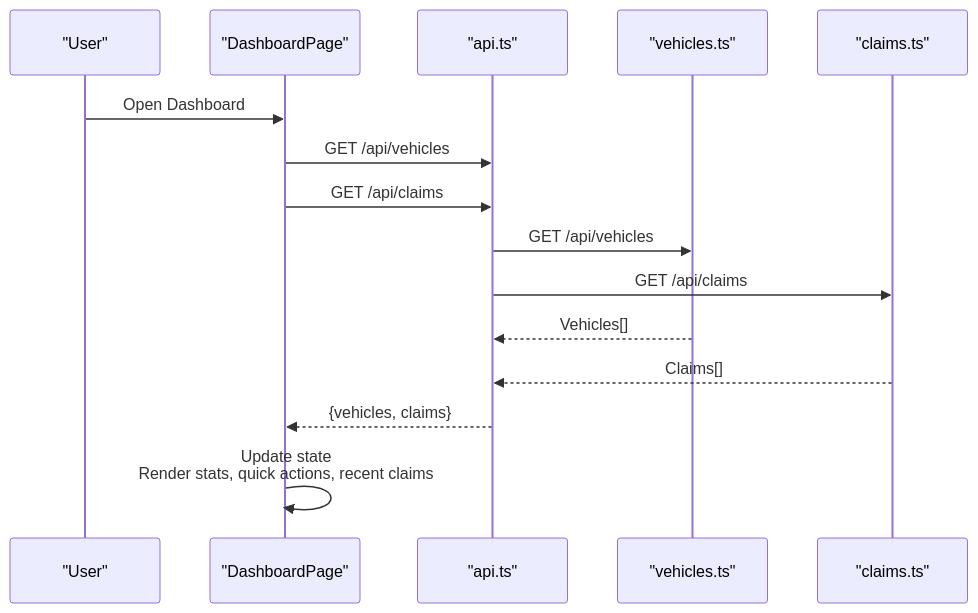
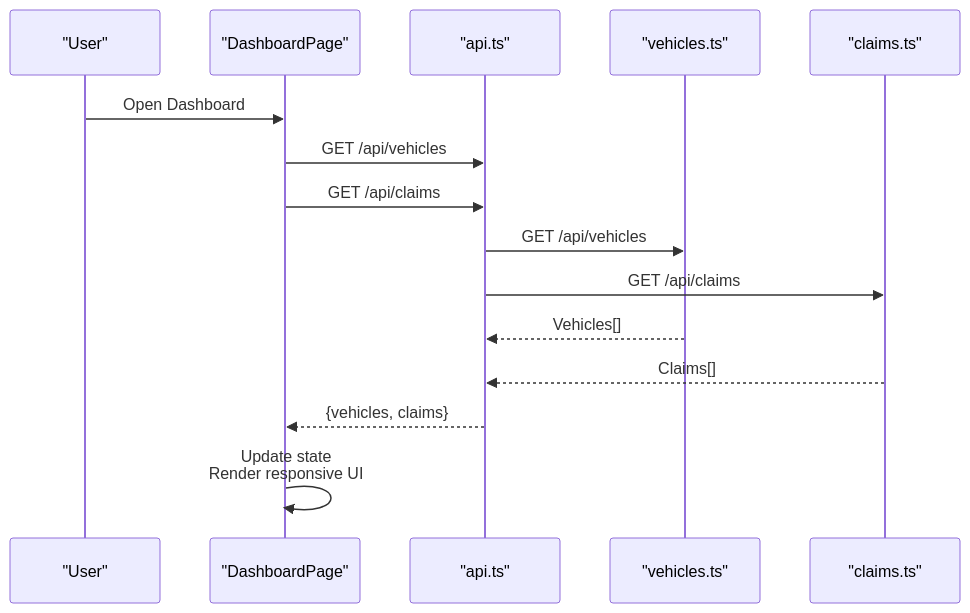
One commit to NaveenHiranya/Smart-Vehicle-Insurance-Claim-System changed the second of 5 diagrams in .qoder/repowiki/en/content/Frontend Documentation/Pages and Views/User Pages/Dashboard Page.md. Above: the diagram before and after it, drawn with Mermaid. The commit also changed other lines of this file and 35 other files, not shown here.

````diff
--- a/.qoder/repowiki/en/content/Frontend Documentation/Pages and Views/User Pages/Dashboard Page.md
+++ b/.qoder/repowiki/en/content/Frontend Documentation/Pages and Views/User Pages/Dashboard Page.md
@@ -97,17 +106,17 @@
 ```mermaid
 sequenceDiagram
 participant U as "User"
 participant D as "DashboardPage"
 participant A as "api.ts"
 participant V as "vehicles.ts"
 participant C as "claims.ts"
 U->>D : Open Dashboard
 D->>A : GET /api/vehicles
 D->>A : GET /api/claims
 A->>V : GET /api/vehicles
 A->>C : GET /api/claims
 V-->>A : Vehicles[]
 C-->>A : Claims[]
 A-->>D : {vehicles, claims}
-D->>D : Update state<br/>Render stats, quick actions, recent claims
+D->>D : Update state<br/>Render responsive UI
 ```
````
